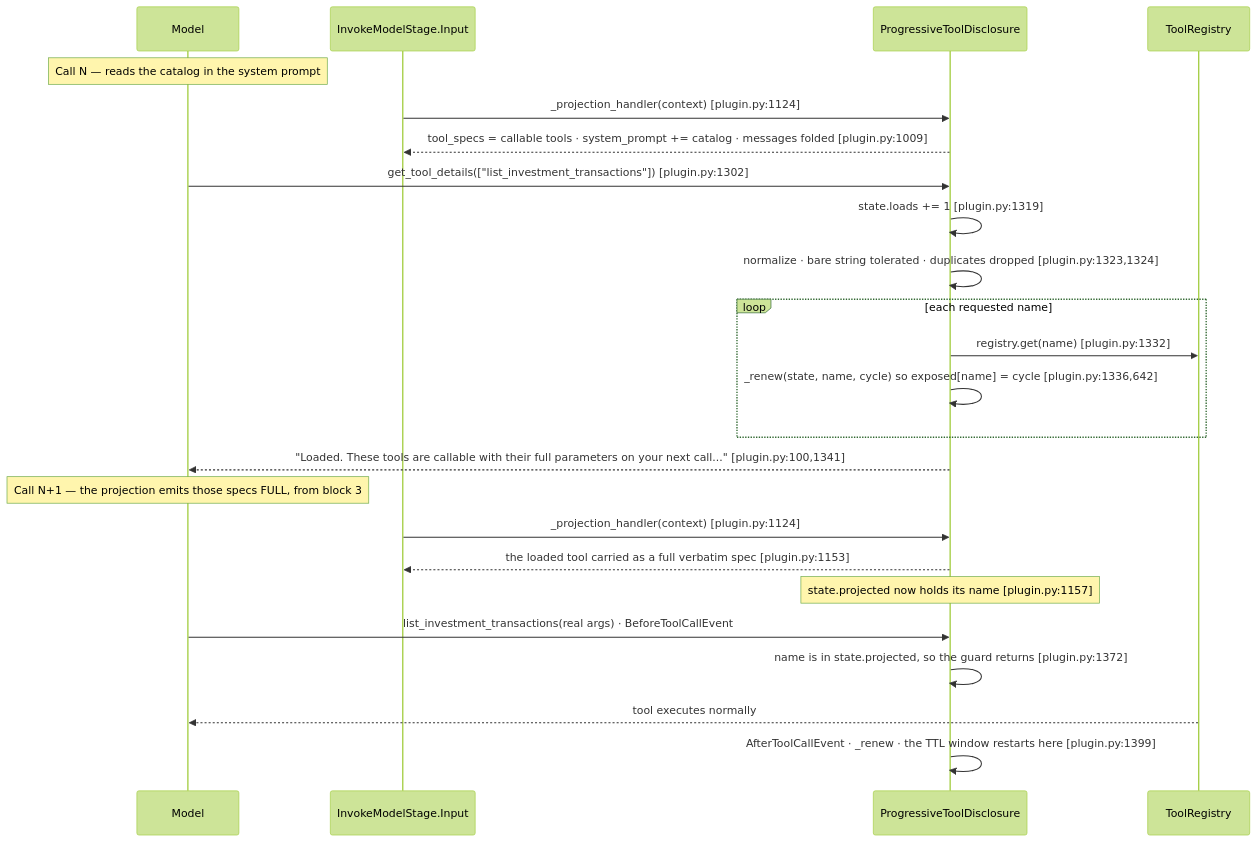
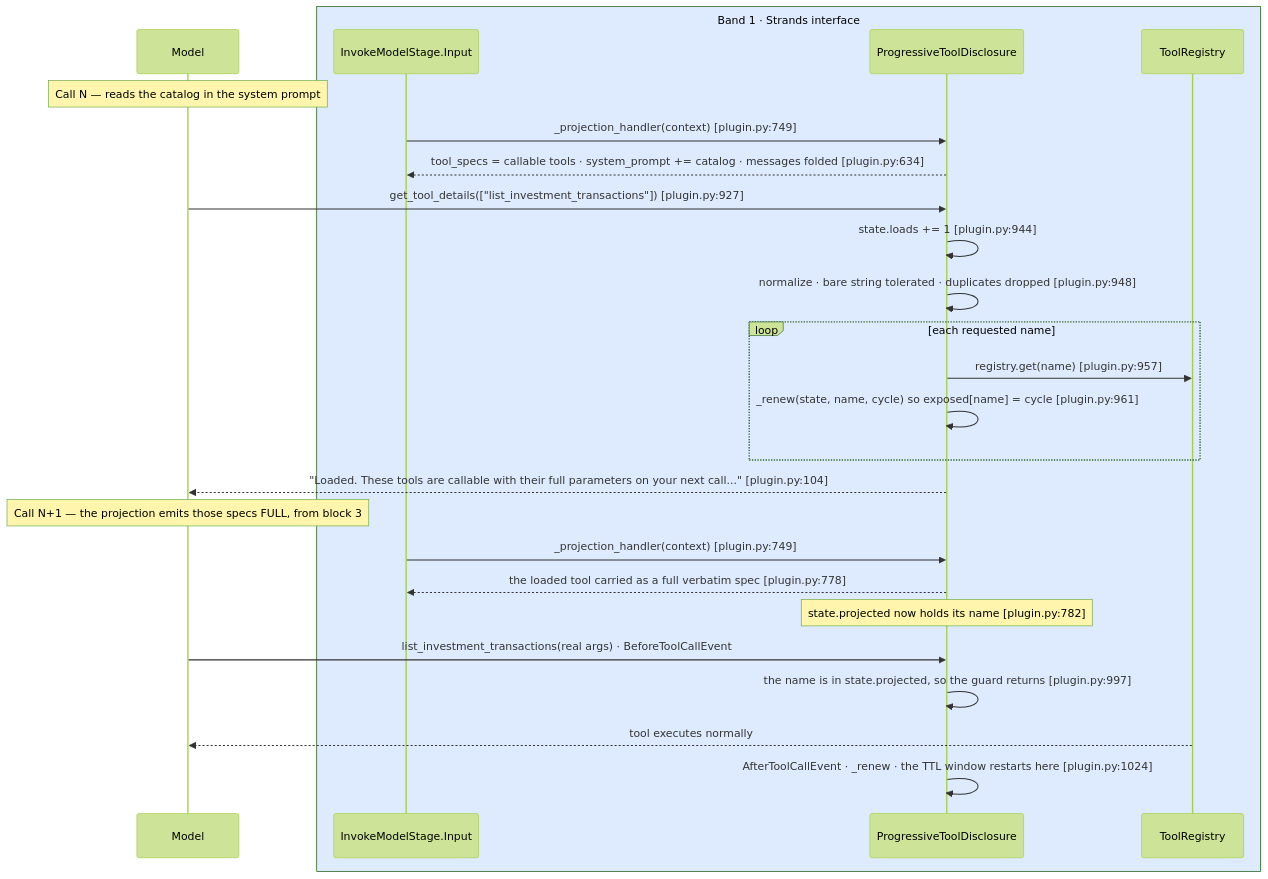
The fourth of 7 diagrams in docs/design/sequence/sequence-b-progressive-tool-disclosure.md (aws-samples/sample-context-engineering), drawn with Mermaid (forest theme) before and after one commit. The commit also changed other lines of this file and 22 other files, not shown here.

````diff
--- a/docs/design/sequence/sequence-b-progressive-tool-disclosure.md
+++ b/docs/design/sequence/sequence-b-progressive-tool-disclosure.md
@@ -285,27 +416,29 @@
 ```mermaid
 sequenceDiagram
     participant Model
-    participant Stage as InvokeModelStage.Input
-    participant Plugin as ProgressiveToolDisclosure
-    participant Reg as ToolRegistry
+    box rgb(222,235,255) Band 1 · Strands interface
+        participant Stage as InvokeModelStage.Input
+        participant Plugin as ProgressiveToolDisclosure
+        participant Reg as ToolRegistry
+    end
 
     Note over Model: Call N — reads the catalog in the system prompt
-    Stage->>Plugin: _projection_handler(context) [plugin.py:1124]
-    Plugin-->>Stage: tool_specs = callable tools · system_prompt += catalog · messages folded [plugin.py:1009]
-    Model->>Plugin: get_tool_details(["list_investment_transactions"]) [plugin.py:1302]
-    Plugin->>Plugin: state.loads += 1 [plugin.py:1319]
-    Plugin->>Plugin: normalize · bare string tolerated · duplicates dropped [plugin.py:1323,1324]
+    Stage->>Plugin: _projection_handler(context) [plugin.py:749]
+    Plugin-->>Stage: tool_specs = callable tools · system_prompt += catalog · messages folded [plugin.py:634]
+    Model->>Plugin: get_tool_details(["list_investment_transactions"]) [plugin.py:927]
+    Plugin->>Plugin: state.loads += 1 [plugin.py:944]
+    Plugin->>Plugin: normalize · bare string tolerated · duplicates dropped [plugin.py:948]
     loop each requested name
-        Plugin->>Reg: registry.get(name) [plugin.py:1332]
-        Plugin->>Plugin: _renew(state, name, cycle) so exposed[name] = cycle [plugin.py:1336,642]
+        Plugin->>Reg: registry.get(name) [plugin.py:957]
+        Plugin->>Plugin: _renew(state, name, cycle) so exposed[name] = cycle [plugin.py:961]
     end
-    Plugin-->>Model: "Loaded. These tools are callable with their full parameters on your next call..." [plugin.py:100,1341]
+    Plugin-->>Model: "Loaded. These tools are callable with their full parameters on your next call..." [plugin.py:104]
     Note over Model: Call N+1 — the projection emits those specs FULL, from block 3
-    Stage->>Plugin: _projection_handler(context) [plugin.py:1124]
-    Plugin-->>Stage: the loaded tool carried as a full verbatim spec [plugin.py:1153]
-    Note over Plugin: state.projected now holds its name [plugin.py:1157]
+    Stage->>Plugin: _projection_handler(context) [plugin.py:749]
+    Plugin-->>Stage: the loaded tool carried as a full verbatim spec [plugin.py:778]
+    Note over Plugin: state.projected now holds its name [plugin.py:782]
     Model->>Plugin: list_investment_transactions(real args) · BeforeToolCallEvent
-    Plugin->>Plugin: name is in state.projected, so the guard returns [plugin.py:1372]
+    Plugin->>Plugin: the name is in state.projected, so the guard returns [plugin.py:997]
     Reg-->>Model: tool executes normally
-    Plugin->>Plugin: AfterToolCallEvent · _renew · the TTL window restarts here [plugin.py:1399]
+    Plugin->>Plugin: AfterToolCallEvent · _renew · the TTL window restarts here [plugin.py:1024]
 ```
````
